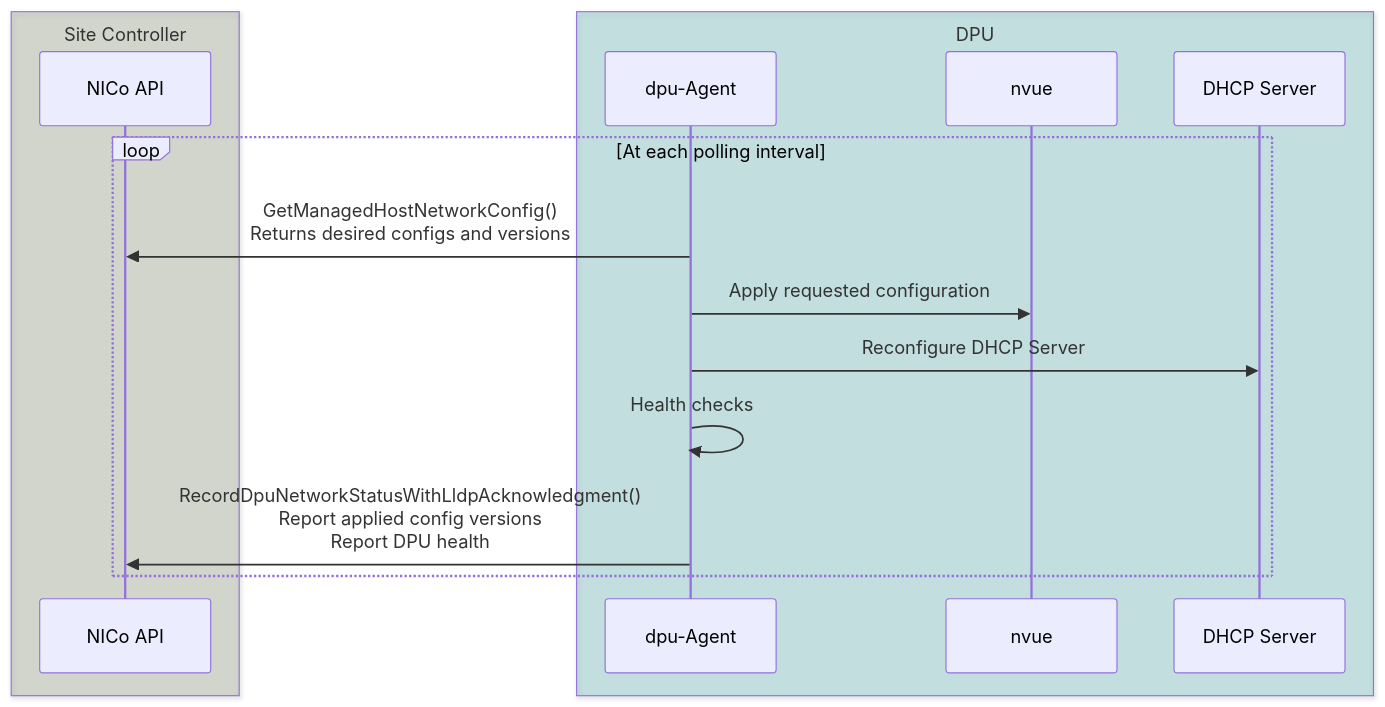
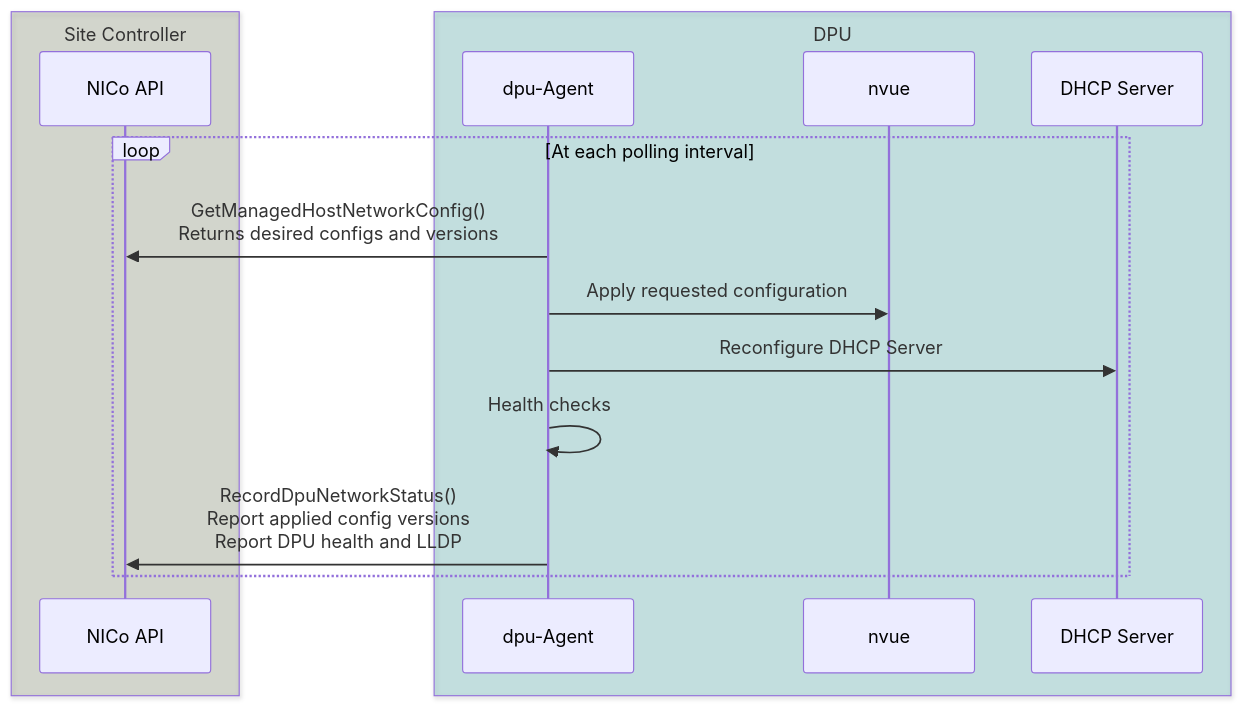
The first of 2 diagrams in docs/dpu-management/dpu_configuration.md (dsx-ai-factory/infra-controller), drawn with Mermaid before and after one commit. The commit also changed other lines of this file and 31 other files, not shown here.

Commit message:
fix(lldp): acknowledge accepted snapshots through network configuration

````diff
--- a/docs/dpu-management/dpu_configuration.md
+++ b/docs/dpu-management/dpu_configuration.md
@@ -29,20 +29,20 @@
 ```mermaid
 sequenceDiagram
     box rgba(85, 102, 57, 0.2) Site Controller
         participant NICo as NICo API
     end
 
     box rgba(8, 143, 143, .2) DPU
         participant Agent as dpu-Agent
         participant Nvue as nvue
         participant Dhcp as DHCP Server
     end
 
     loop At each polling interval
         Agent->>NICo: GetManagedHostNetworkConfig()<br>Returns desired configs and versions
         Agent->>Nvue: Apply requested configuration
         Agent->>Dhcp: Reconfigure DHCP Server
         Agent->>Agent: Health checks
-        Agent->>NICo: RecordDpuNetworkStatusWithLldpAcknowledgment()<br>Report applied config versions<br>Report DPU health
+        Agent->>NICo: RecordDpuNetworkStatus()<br>Report applied config versions<br>Report DPU health and LLDP
     end
 ```
````
